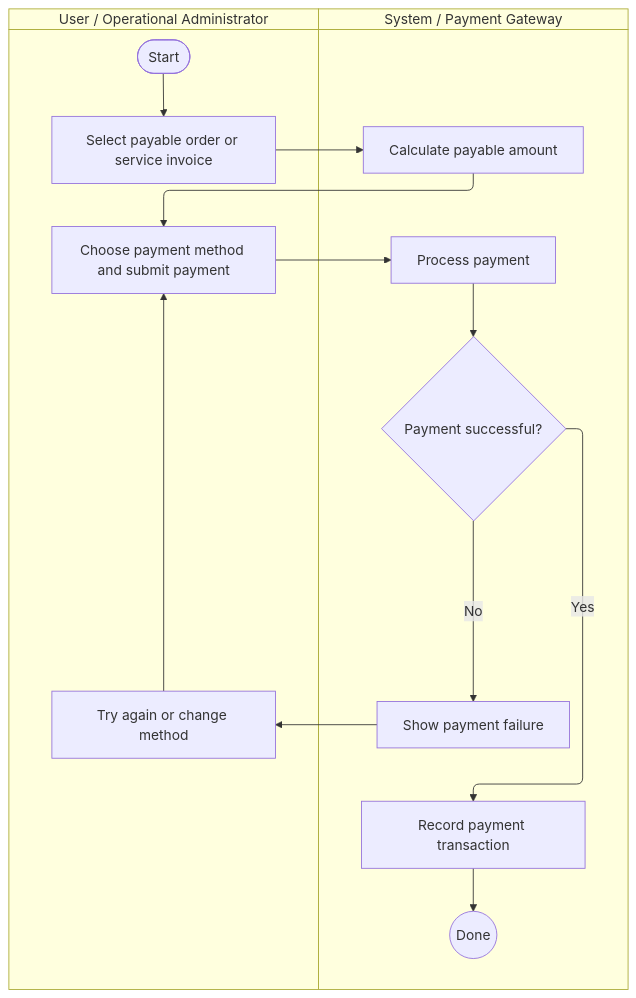
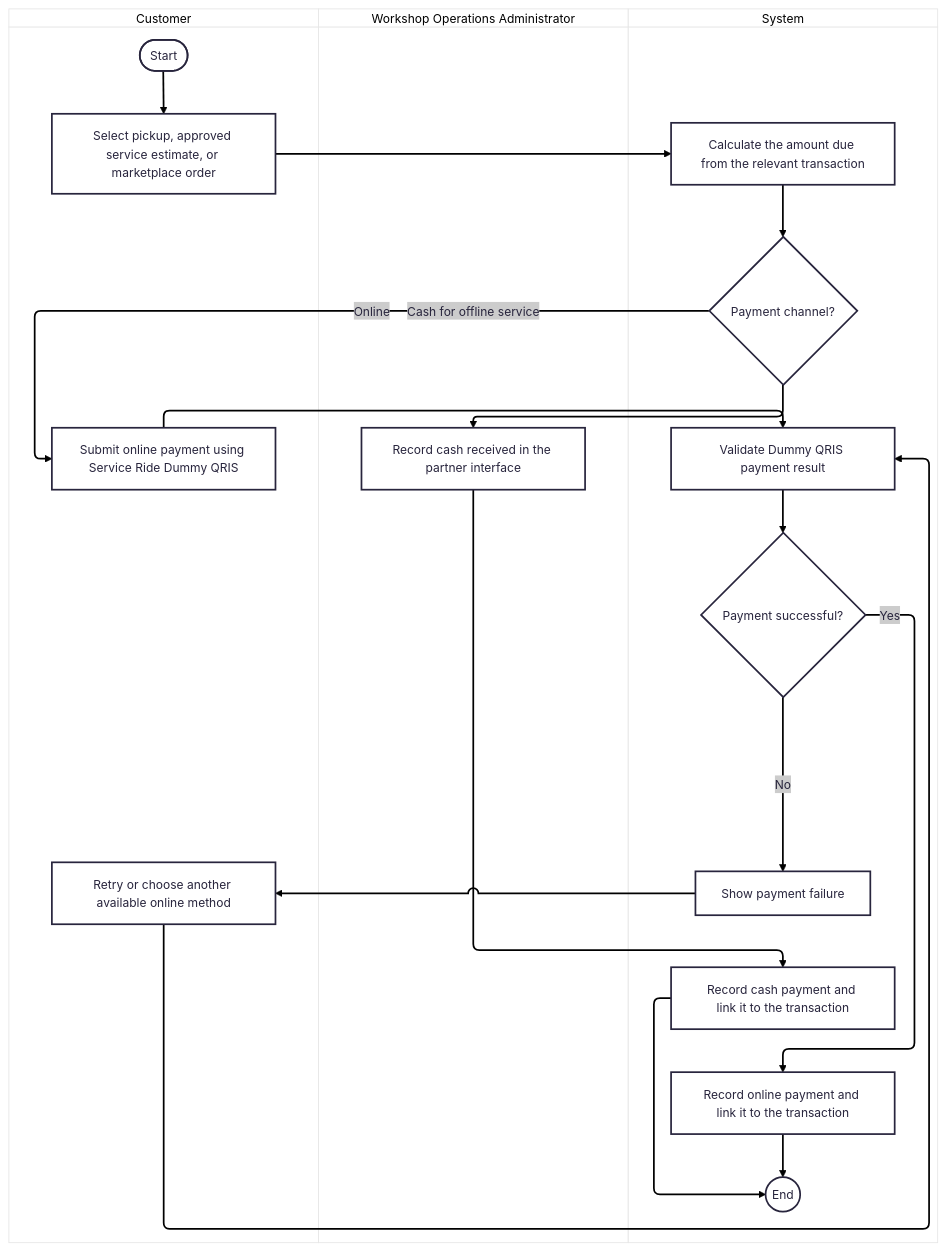
The diagram in skpl/Activity Diagram/25-payment.mmd (Service-Ride-Project/dokumen), drawn with Mermaid before and after one commit. The commit also changed 37 other files, not shown here.

```diff
--- a/skpl/Activity Diagram/25-payment.mmd
+++ b/skpl/Activity Diagram/25-payment.mmd
@@ -1,20 +1,29 @@
+%%{init: {"theme": "redux-color"}}%%
 swimlane-beta TB
-  subgraph UserandOperationalAdministrator["User / Operational Administrator"]
+  subgraph Customer["Customer"]
     start([Start])
-    select[Select payable order or service invoice]
-    method[Choose payment method and submit payment]
-    retry[Try again or change method]
+    select[Select pickup, approved service estimate, or marketplace order]
+    online[Submit online payment using Service Ride Dummy QRIS]
+    retry[Retry or choose another available online method]
   end
 
-  subgraph SystemandPaymentGateway["System / Payment Gateway"]
-    calculate[Calculate payable amount]
-    process[Process payment]
+  subgraph WorkshopOperationalAdministrator["Workshop Operations Administrator"]
+    cash[Record cash received in the partner interface]
+  end
+
+  subgraph System["System"]
+    calculate[Calculate the amount due from the relevant transaction]
+    channel{Payment channel?}
+    process[Validate Dummy QRIS payment result]
     ok{Payment successful?}
     failed[Show payment failure]
-    record[Record payment transaction]
-    done((Done))
+    recordonline[Record online payment and link it to the transaction]
+    recordcash[Record cash payment and link it to the transaction]
+    finish((End))
   end
 
-  start --> select --> calculate --> method --> process --> ok
-  ok -->|No| failed --> retry --> method
-  ok -->|Yes| record --> done
+  start --> select --> calculate --> channel
+  channel -->|Online| online --> process --> ok
+  ok -->|No| failed --> retry --> process
+  ok -->|Yes| recordonline --> finish
+  channel -->|Cash for offline service| cash --> recordcash --> finish
```
